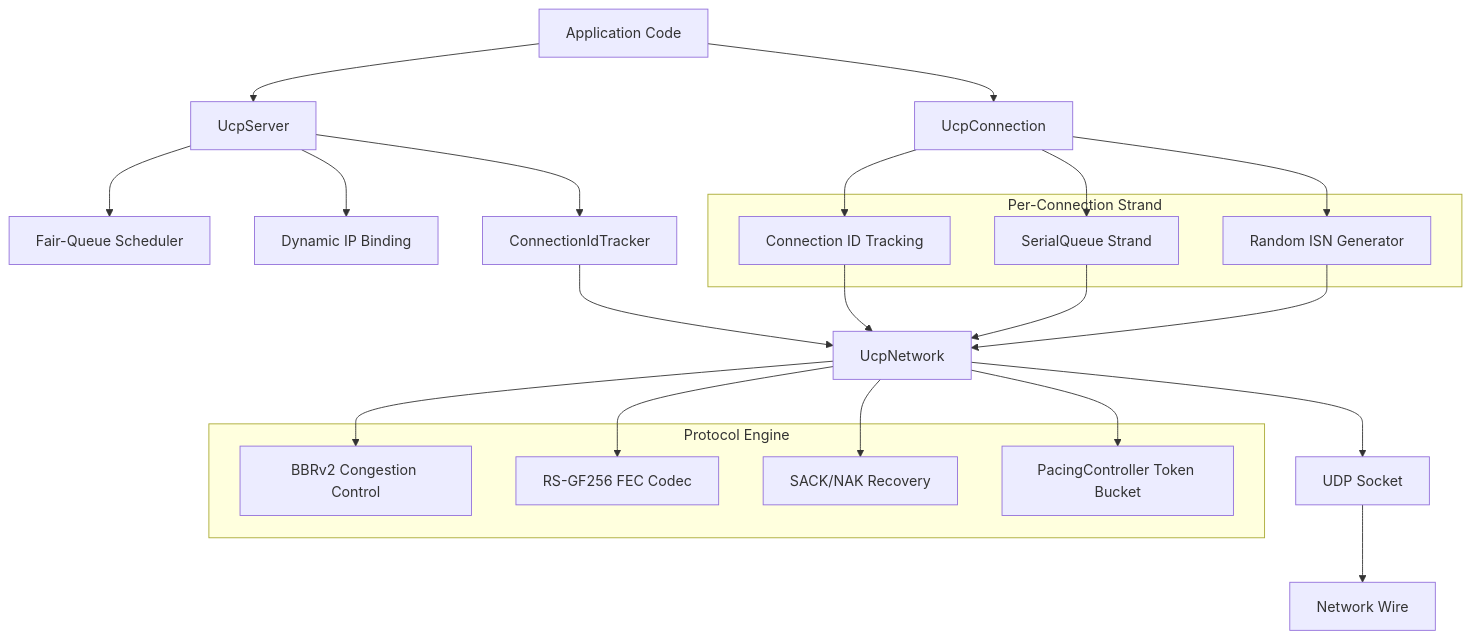
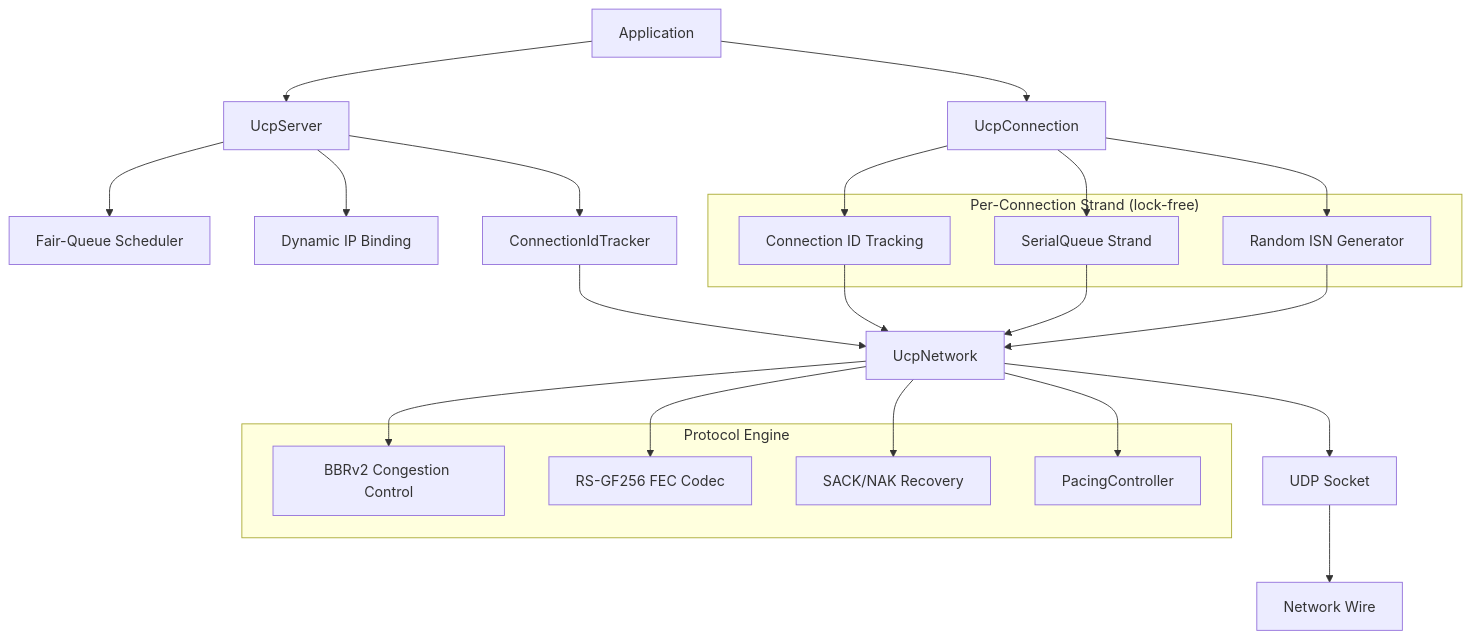
The tenth of 11 diagrams in docs/index.md (liulilittle/ucp), drawn with Mermaid before and after one commit. The commit also changed other lines of this file and 43 other files, not shown here.

````diff
--- a/docs/index.md
+++ b/docs/index.md
@@ -137,34 +374,34 @@
 ```mermaid
 flowchart TD
-    App[Application Code] --> Server[UcpServer]
-    App --> Client[UcpConnection]
-    Server --> FQ[Fair-Queue Scheduler]
-    Server --> Bind[Dynamic IP Binding]
-    Server --> ConnIdSvr[ConnectionIdTracker]
-    Client --> ConnId[Connection ID Tracking]
-    Client --> SerialQ[SerialQueue Strand]
-    Client --> ISN[Random ISN Generator]
-    ConnId --> Net[UcpNetwork]
+    App["Application"] --> Server["UcpServer"]
+    App --> Client["UcpConnection"]
+    Server --> FQ["Fair-Queue Scheduler"]
+    Server --> Bind["Dynamic IP Binding"]
+    Server --> ConnIdSvr["ConnectionIdTracker"]
+    Client --> ConnId["Connection ID Tracking"]
+    Client --> SerialQ["SerialQueue Strand"]
+    Client --> ISN["Random ISN Generator"]
+    ConnId --> Net["UcpNetwork"]
     ConnIdSvr --> Net
     SerialQ --> Net
     ISN --> Net
-    Net --> BBRv2[BBRv2 Congestion Control]
-    Net --> FEC[RS-GF256 FEC Codec]
-    Net --> SACKNAK[SACK/NAK Recovery]
-    Net --> Pacing[PacingController Token Bucket]
-    Net --> Socket[UDP Socket]
-    Socket --> Wire[Network Wire]
-
-    subgraph "Per-Connection Strand"
+    Net --> BBRv2["BBRv2 Congestion Control"]
+    Net --> FEC["RS-GF256 FEC Codec"]
+    Net --> SACKNAK["SACK/NAK Recovery"]
+    Net --> Pacing["PacingController"]
+    Net --> Socket["UDP Socket"]
+    Socket --> Wire["Network Wire"]
+    
+    subgraph Strand["Per-Connection Strand (lock-free)"]
         SerialQ
         ConnId
         ISN
     end
-
-    subgraph "Protocol Engine"
+    
+    subgraph Engine["Protocol Engine"]
         BBRv2
         FEC
         SACKNAK
         Pacing
     end
 ```
````
